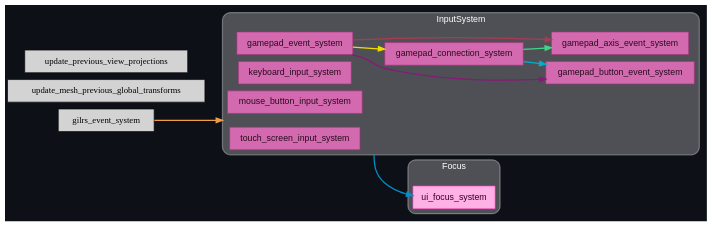
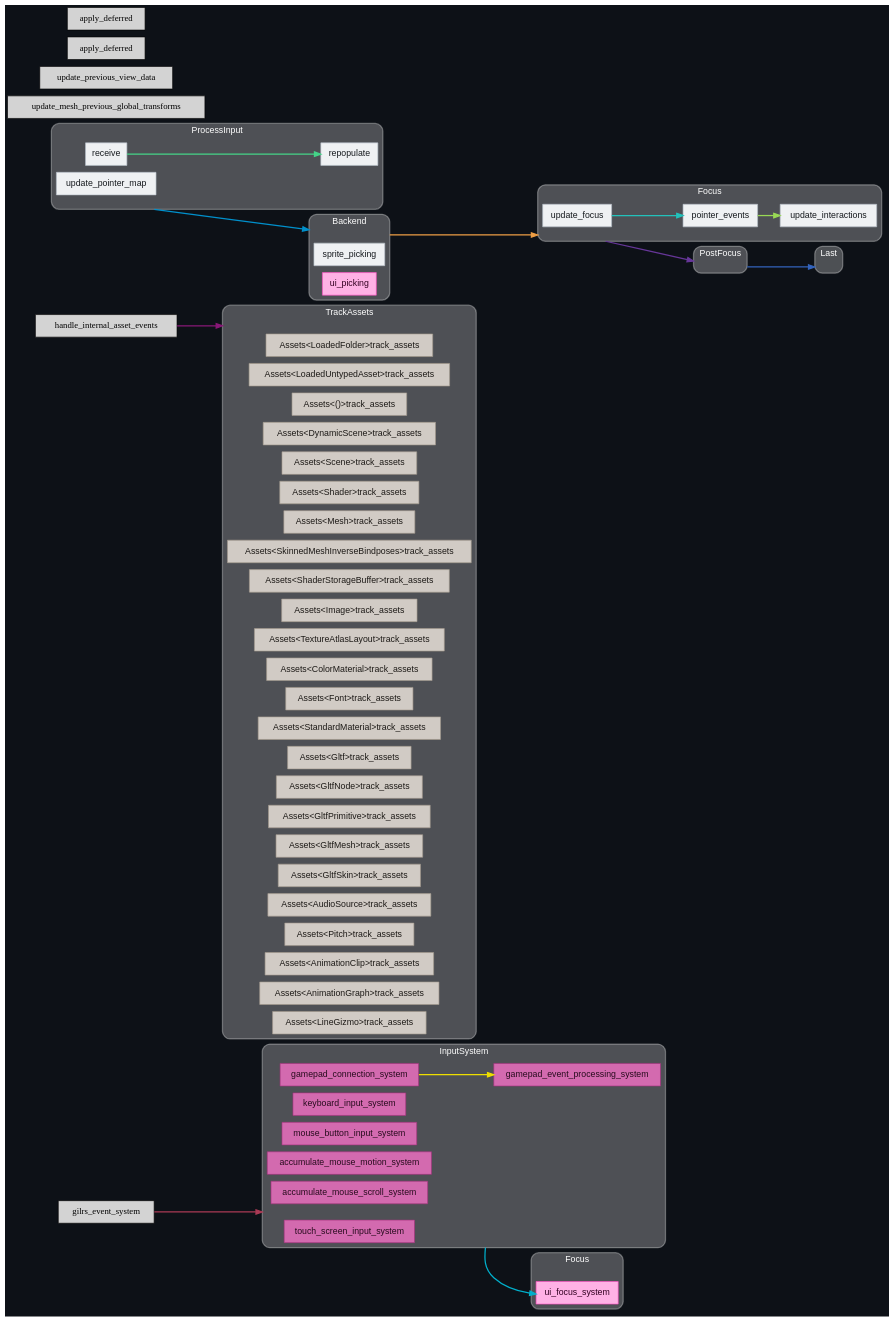
Before and after one commit to jakobhellermann/bevy_mod_debugdump: the diagram in docs/schedule/dark/schedule_PreUpdate.dot, drawn with Graphviz. The commit also changed 76 other files, not shown here.

```diff
--- a/docs/schedule/dark/schedule_PreUpdate.dot
+++ b/docs/schedule/dark/schedule_PreUpdate.dot
@@ -15,17 +15,65 @@
 		"fontcolor"="#ffffff";
 		"color"="#ffffff50";
 		"penwidth"="2";
-		"set_marker_node_Set(1)" ["style"="invis", "label"="", "height"="0", "shape"="point"]
+		"set_marker_node_Set(1)" ["style"="invis", "label"="", "shape"="point"]
 		"node_System(0)" ["label"="keyboard_input_system", "tooltip"="bevy_input::keyboard::keyboard_input_system", "fillcolor"="#d36aaf", "fontname"="Helvetica", "fontcolor"="#270b1d", "color"="#a5317d", "penwidth"="1"]
 		"node_System(1)" ["label"="mouse_button_input_system", "tooltip"="bevy_input::mouse::mouse_button_input_system", "fillcolor"="#d36aaf", "fontname"="Helvetica", "fontcolor"="#270b1d", "color"="#a5317d", "penwidth"="1"]
-		"node_System(2)" ["label"="gamepad_event_system", "tooltip"="bevy_input::gamepad::gamepad_event_system", "fillcolor"="#d36aaf", "fontname"="Helvetica", "fontcolor"="#270b1d", "color"="#a5317d", "penwidth"="1"]
-		"node_System(3)" ["label"="gamepad_connection_system", "tooltip"="bevy_input::gamepad::gamepad_connection_system", "fillcolor"="#d36aaf", "fontname"="Helvetica", "fontcolor"="#270b1d", "color"="#a5317d", "penwidth"="1"]
-		"node_System(4)" ["label"="gamepad_button_event_system", "tooltip"="bevy_input::gamepad::gamepad_button_event_system", "fillcolor"="#d36aaf", "fontname"="Helvetica", "fontcolor"="#270b1d", "color"="#a5317d", "penwidth"="1"]
-		"node_System(5)" ["label"="gamepad_axis_event_system", "tooltip"="bevy_input::gamepad::gamepad_axis_event_system", "fillcolor"="#d36aaf", "fontname"="Helvetica", "fontcolor"="#270b1d", "color"="#a5317d", "penwidth"="1"]
+		"node_System(2)" ["label"="accumulate_mouse_motion_system", "tooltip"="bevy_input::mouse::accumulate_mouse_motion_system", "fillcolor"="#d36aaf", "fontname"="Helvetica", "fontcolor"="#270b1d", "color"="#a5317d", "penwidth"="1"]
+		"node_System(3)" ["label"="accumulate_mouse_scroll_system", "tooltip"="bevy_input::mouse::accumulate_mouse_scroll_system", "fillcolor"="#d36aaf", "fontname"="Helvetica", "fontcolor"="#270b1d", "color"="#a5317d", "penwidth"="1"]
+		"node_System(4)" ["label"="gamepad_connection_system", "tooltip"="bevy_input::gamepad::gamepad_connection_system", "fillcolor"="#d36aaf", "fontname"="Helvetica", "fontcolor"="#270b1d", "color"="#a5317d", "penwidth"="1"]
+		"node_System(5)" ["label"="gamepad_event_processing_system", "tooltip"="bevy_input::gamepad::gamepad_event_processing_system", "fillcolor"="#d36aaf", "fontname"="Helvetica", "fontcolor"="#270b1d", "color"="#a5317d", "penwidth"="1"]
 		"node_System(6)" ["label"="touch_screen_input_system", "tooltip"="bevy_input::touch::touch_screen_input_system", "fillcolor"="#d36aaf", "fontname"="Helvetica", "fontcolor"="#270b1d", "color"="#a5317d", "penwidth"="1"]
 	}
 	
 	subgraph "clusternode_Set(9)" {
+		"style"="rounded,filled";
+		"label"="TrackAssets";
+		"tooltip"="TrackAssets";
+		"fillcolor"="#ffffff44";
+		"fontcolor"="#ffffff";
+		"color"="#ffffff50";
+		"penwidth"="2";
+		"set_marker_node_Set(9)" ["style"="invis", "label"="", "shape"="point"]
+		"node_System(7)" ["label"="Assets<LoadedFolder>track_assets", "tooltip"="bevy_asset::assets::Assets<bevy_asset::folder::LoadedFolder>::track_assets", "fillcolor"="#d1cbc5", "fontname"="Helvetica", "fontcolor"="#1c1916", "color"="#a3988c", "penwidth"="1"]
+		"node_System(8)" ["label"="Assets<LoadedUntypedAsset>track_assets", "tooltip"="bevy_asset::assets::Assets<bevy_asset::assets::LoadedUntypedAsset>::track_assets", "fillcolor"="#d1cbc5", "fontname"="Helvetica", "fontcolor"="#1c1916", "color"="#a3988c", "penwidth"="1"]
+		"node_System(9)" ["label"="Assets<()>track_assets", "tooltip"="bevy_asset::assets::Assets<()>::track_assets", "fillcolor"="#d1cbc5", "fontname"="Helvetica", "fontcolor"="#1c1916", "color"="#a3988c", "penwidth"="1"]
+		"node_System(11)" ["label"="Assets<DynamicScene>track_assets", "tooltip"="bevy_asset::assets::Assets<bevy_scene::dynamic_scene::DynamicScene>::track_assets", "fillcolor"="#d1cbc5", "fontname"="Helvetica", "fontcolor"="#1c1916", "color"="#a3988c", "penwidth"="1"]
+		"node_System(12)" ["label"="Assets<Scene>track_assets", "tooltip"="bevy_asset::assets::Assets<bevy_scene::scene::Scene>::track_assets", "fillcolor"="#d1cbc5", "fontname"="Helvetica", "fontcolor"="#1c1916", "color"="#a3988c", "penwidth"="1"]
+		"node_System(13)" ["label"="Assets<Shader>track_assets", "tooltip"="bevy_asset::assets::Assets<bevy_render::render_resource::shader::Shader>::track_assets", "fillcolor"="#d1cbc5", "fontname"="Helvetica", "fontcolor"="#1c1916", "color"="#a3988c", "penwidth"="1"]
+		"node_System(14)" ["label"="Assets<Mesh>track_assets", "tooltip"="bevy_asset::assets::Assets<bevy_mesh::mesh::Mesh>::track_assets", "fillcolor"="#d1cbc5", "fontname"="Helvetica", "fontcolor"="#1c1916", "color"="#a3988c", "penwidth"="1"]
+		"node_System(15)" ["label"="Assets<SkinnedMeshInverseBindposes>track_assets", "tooltip"="bevy_asset::assets::Assets<bevy_mesh::skinning::SkinnedMeshInverseBindposes>::track_assets", "fillcolor"="#d1cbc5", "fontname"="Helvetica", "fontcolor"="#1c1916", "color"="#a3988c", "penwidth"="1"]
+		"node_System(16)" ["label"="Assets<ShaderStorageBuffer>track_assets", "tooltip"="bevy_asset::assets::Assets<bevy_render::storage::ShaderStorageBuffer>::track_assets", "fillcolor"="#d1cbc5", "fontname"="Helvetica", "fontcolor"="#1c1916", "color"="#a3988c", "penwidth"="1"]
+		"node_System(17)" ["label"="Assets<Image>track_assets", "tooltip"="bevy_asset::assets::Assets<bevy_image::image::Image>::track_assets", "fillcolor"="#d1cbc5", "fontname"="Helvetica", "fontcolor"="#1c1916", "color"="#a3988c", "penwidth"="1"]
+		"node_System(18)" ["label"="Assets<TextureAtlasLayout>track_assets", "tooltip"="bevy_asset::assets::Assets<bevy_sprite::texture_atlas::TextureAtlasLayout>::track_assets", "fillcolor"="#d1cbc5", "fontname"="Helvetica", "fontcolor"="#1c1916", "color"="#a3988c", "penwidth"="1"]
+		"node_System(19)" ["label"="Assets<ColorMaterial>track_assets", "tooltip"="bevy_asset::assets::Assets<bevy_sprite::mesh2d::color_material::ColorMaterial>::track_assets", "fillcolor"="#d1cbc5", "fontname"="Helvetica", "fontcolor"="#1c1916", "color"="#a3988c", "penwidth"="1"]
+		"node_System(21)" ["label"="Assets<Font>track_assets", "tooltip"="bevy_asset::assets::Assets<bevy_text::font::Font>::track_assets", "fillcolor"="#d1cbc5", "fontname"="Helvetica", "fontcolor"="#1c1916", "color"="#a3988c", "penwidth"="1"]
+		"node_System(24)" ["label"="Assets<StandardMaterial>track_assets", "tooltip"="bevy_asset::assets::Assets<bevy_pbr::pbr_material::StandardMaterial>::track_assets", "fillcolor"="#d1cbc5", "fontname"="Helvetica", "fontcolor"="#1c1916", "color"="#a3988c", "penwidth"="1"]
+		"node_System(27)" ["label"="Assets<Gltf>track_assets", "tooltip"="bevy_asset::assets::Assets<bevy_gltf::Gltf>::track_assets", "fillcolor"="#d1cbc5", "fontname"="Helvetica", "fontcolor"="#1c1916", "color"="#a3988c", "penwidth"="1"]
+		"node_System(28)" ["label"="Assets<GltfNode>track_assets", "tooltip"="bevy_asset::assets::Assets<bevy_gltf::GltfNode>::track_assets", "fillcolor"="#d1cbc5", "fontname"="Helvetica", "fontcolor"="#1c1916", "color"="#a3988c", "penwidth"="1"]
+		"node_System(29)" ["label"="Assets<GltfPrimitive>track_assets", "tooltip"="bevy_asset::assets::Assets<bevy_gltf::GltfPrimitive>::track_assets", "fillcolor"="#d1cbc5", "fontname"="Helvetica", "fontcolor"="#1c1916", "color"="#a3988c", "penwidth"="1"]
+		"node_System(30)" ["label"="Assets<GltfMesh>track_assets", "tooltip"="bevy_asset::assets::Assets<bevy_gltf::GltfMesh>::track_assets", "fillcolor"="#d1cbc5", "fontname"="Helvetica", "fontcolor"="#1c1916", "color"="#a3988c", "penwidth"="1"]
+		"node_System(31)" ["label"="Assets<GltfSkin>track_assets", "tooltip"="bevy_asset::assets::Assets<bevy_gltf::GltfSkin>::track_assets", "fillcolor"="#d1cbc5", "fontname"="Helvetica", "fontcolor"="#1c1916", "color"="#a3988c", "penwidth"="1"]
+		"node_System(32)" ["label"="Assets<AudioSource>track_assets", "tooltip"="bevy_asset::assets::Assets<bevy_audio::audio_source::AudioSource>::track_assets", "fillcolor"="#d1cbc5", "fontname"="Helvetica", "fontcolor"="#1c1916", "color"="#a3988c", "penwidth"="1"]
+		"node_System(33)" ["label"="Assets<Pitch>track_assets", "tooltip"="bevy_asset::assets::Assets<bevy_audio::pitch::Pitch>::track_assets", "fillcolor"="#d1cbc5", "fontname"="Helvetica", "fontcolor"="#1c1916", "color"="#a3988c", "penwidth"="1"]
+		"node_System(35)" ["label"="Assets<AnimationClip>track_assets", "tooltip"="bevy_asset::assets::Assets<bevy_animation::AnimationClip>::track_assets", "fillcolor"="#d1cbc5", "fontname"="Helvetica", "fontcolor"="#1c1916", "color"="#a3988c", "penwidth"="1"]
+		"node_System(36)" ["label"="Assets<AnimationGraph>track_assets", "tooltip"="bevy_asset::assets::Assets<bevy_animation::graph::AnimationGraph>::track_assets", "fillcolor"="#d1cbc5", "fontname"="Helvetica", "fontcolor"="#1c1916", "color"="#a3988c", "penwidth"="1"]
+		"node_System(37)" ["label"="Assets<LineGizmo>track_assets", "tooltip"="bevy_asset::assets::Assets<bevy_gizmos::LineGizmo>::track_assets", "fillcolor"="#d1cbc5", "fontname"="Helvetica", "fontcolor"="#1c1916", "color"="#a3988c", "penwidth"="1"]
+	}
+	
+	subgraph "clusternode_Set(23)" {
+		"style"="rounded,filled";
+		"label"="Backend";
+		"tooltip"="Backend";
+		"fillcolor"="#ffffff44";
+		"fontcolor"="#ffffff";
+		"color"="#ffffff50";
+		"penwidth"="2";
+		"set_marker_node_Set(23)" ["style"="invis", "label"="", "shape"="point"]
+		"node_System(20)" ["label"="sprite_picking", "tooltip"="bevy_sprite::picking_backend::sprite_picking", "fillcolor"="#eff1f3", "fontname"="Helvetica", "fontcolor"="#15191d", "color"="#b4bec7", "penwidth"="1"]
+		"node_System(23)" ["label"="ui_picking", "tooltip"="bevy_ui::picking_backend::ui_picking", "fillcolor"="#ffb1e5", "fontname"="Helvetica", "fontcolor"="#320021", "color"="#ff4bc2", "penwidth"="1"]
+	}
+	
+	subgraph "clusternode_Set(26)" {
 		"style"="rounded,filled";
 		"label"="Focus";
 		"tooltip"="Focus";
@@ -33,18 +81,75 @@
 		"fontcolor"="#ffffff";
 		"color"="#ffffff50";
 		"penwidth"="2";
-		"set_marker_node_Set(9)" ["style"="invis", "label"="", "height"="0", "shape"="point"]
-		"node_System(7)" ["label"="ui_focus_system", "tooltip"="bevy_ui::focus::ui_focus_system", "fillcolor"="#ffb1e5", "fontname"="Helvetica", "fontcolor"="#320021", "color"="#ff4bc2", "penwidth"="1"]
+		"set_marker_node_Set(26)" ["style"="invis", "label"="", "shape"="point"]
+		"node_System(22)" ["label"="ui_focus_system", "tooltip"="bevy_ui::focus::ui_focus_system", "fillcolor"="#ffb1e5", "fontname"="Helvetica", "fontcolor"="#320021", "color"="#ff4bc2", "penwidth"="1"]
 	}
 	
-	"node_System(8)" ["label"="update_mesh_previous_global_transforms", "tooltip"="bevy_pbr::prepass::update_mesh_previous_global_transforms"]
-	"node_System(9)" ["label"="update_previous_view_projections", "tooltip"="bevy_pbr::prepass::update_previous_view_projections"]
-	"node_System(10)" ["label"="gilrs_event_system", "tooltip"="bevy_gilrs::gilrs_system::gilrs_event_system"]
-	"node_System(2)" -> "node_System(3)" ["lhead"="", "ltail"="", "tooltip"="SystemTypeSet(FunctionSystem<fn(EventReader<GamepadEvent>, EventWriter<GamepadConnectionEvent>, EventWriter<GamepadButtonChangedEvent>, EventWriter<GamepadAxisChangedEvent>, ResMut<ButtonInput<GamepadButton>>), gamepad_event_system>()) → gamepad_connection_system", "color"="#eede00"]
-	"node_System(2)" -> "node_System(4)" ["lhead"="", "ltail"="", "tooltip"="SystemTypeSet(FunctionSystem<fn(EventReader<GamepadEvent>, EventWriter<GamepadConnectionEvent>, EventWriter<GamepadButtonChangedEvent>, EventWriter<GamepadAxisChangedEvent>, ResMut<ButtonInput<GamepadButton>>), gamepad_event_system>()) → gamepad_button_event_system", "color"="#881877"]
-	"node_System(3)" -> "node_System(4)" ["lhead"="", "ltail"="", "tooltip"="SystemTypeSet(FunctionSystem<fn(ResMut<Gamepads>, EventReader<GamepadConnectionEvent>, ResMut<Axis<GamepadAxis>>, ResMut<Axis<GamepadButton>>, ResMut<ButtonInput<GamepadButton>>), gamepad_connection_system>()) → gamepad_button_event_system", "color"="#00b0cc"]
-	"node_System(2)" -> "node_System(5)" ["lhead"="", "ltail"="", "tooltip"="SystemTypeSet(FunctionSystem<fn(EventReader<GamepadEvent>, EventWriter<GamepadConnectionEvent>, EventWriter<GamepadButtonChangedEvent>, EventWriter<GamepadAxisChangedEvent>, ResMut<ButtonInput<GamepadButton>>), gamepad_event_system>()) → gamepad_axis_event_system", "color"="#aa3a55"]
-	"node_System(3)" -> "node_System(5)" ["lhead"="", "ltail"="", "tooltip"="SystemTypeSet(FunctionSystem<fn(ResMut<Gamepads>, EventReader<GamepadConnectionEvent>, ResMut<Axis<GamepadAxis>>, ResMut<Axis<GamepadButton>>, ResMut<ButtonInput<GamepadButton>>), gamepad_connection_system>()) → gamepad_axis_event_system", "color"="#44d488"]
-	"set_marker_node_Set(1)" -> "node_System(7)" ["lhead"="", "ltail"="clusternode_Set(1)", "tooltip"="InputSystem → ui_focus_system", "color"="#0090cc"]
-	"node_System(10)" -> "set_marker_node_Set(1)" ["lhead"="clusternode_Set(1)", "ltail"="", "tooltip"="gilrs_event_system → InputSystem", "color"="#ee9e44"]
+	subgraph "clusternode_Set(43)" {
+		"style"="rounded,filled";
+		"label"="ProcessInput";
+		"tooltip"="ProcessInput";
+		"fillcolor"="#ffffff44";
+		"fontcolor"="#ffffff";
+		"color"="#ffffff50";
+		"penwidth"="2";
+		"set_marker_node_Set(43)" ["style"="invis", "label"="", "shape"="point"]
+		"node_System(38)" ["label"="update_pointer_map", "tooltip"="bevy_picking::pointer::update_pointer_map", "fillcolor"="#eff1f3", "fontname"="Helvetica", "fontcolor"="#15191d", "color"="#b4bec7", "penwidth"="1"]
+		"node_System(39)" ["label"="receive", "tooltip"="bevy_picking::pointer::PointerInput::receive", "fillcolor"="#eff1f3", "fontname"="Helvetica", "fontcolor"="#15191d", "color"="#b4bec7", "penwidth"="1"]
+		"node_System(40)" ["label"="repopulate", "tooltip"="bevy_picking::backend::ray::RayMap::repopulate", "fillcolor"="#eff1f3", "fontname"="Helvetica", "fontcolor"="#15191d", "color"="#b4bec7", "penwidth"="1"]
+	}
+	
+	subgraph "clusternode_Set(46)" {
+		"style"="rounded,filled";
+		"label"="Focus";
+		"tooltip"="Focus";
+		"fillcolor"="#ffffff44";
+		"fontcolor"="#ffffff";
+		"color"="#ffffff50";
+		"penwidth"="2";
+		"set_marker_node_Set(46)" ["style"="invis", "label"="", "shape"="point"]
+		"node_System(41)" ["label"="update_focus", "tooltip"="bevy_picking::focus::update_focus", "fillcolor"="#eff1f3", "fontname"="Helvetica", "fontcolor"="#15191d", "color"="#b4bec7", "penwidth"="1"]
+		"node_System(42)" ["label"="pointer_events", "tooltip"="bevy_picking::events::pointer_events", "fillcolor"="#eff1f3", "fontname"="Helvetica", "fontcolor"="#15191d", "color"="#b4bec7", "penwidth"="1"]
+		"node_System(43)" ["label"="update_interactions", "tooltip"="bevy_picking::focus::update_interactions", "fillcolor"="#eff1f3", "fontname"="Helvetica", "fontcolor"="#15191d", "color"="#b4bec7", "penwidth"="1"]
+	}
+	
+	subgraph "clusternode_Set(47)" {
+		"style"="rounded,filled";
+		"label"="PostFocus";
+		"tooltip"="PostFocus";
+		"fillcolor"="#ffffff44";
+		"fontcolor"="#ffffff";
+		"color"="#ffffff50";
+		"penwidth"="2";
+		"set_marker_node_Set(47)" ["style"="invis", "label"="", "shape"="point"]
+	}
+	
+	subgraph "clusternode_Set(48)" {
+		"style"="rounded,filled";
+		"label"="Last";
+		"tooltip"="Last";
+		"fillcolor"="#ffffff44";
+		"fontcolor"="#ffffff";
+		"color"="#ffffff50";
+		"penwidth"="2";
+		"set_marker_node_Set(48)" ["style"="invis", "label"="", "shape"="point"]
+	}
+	
+	"node_System(10)" ["label"="handle_internal_asset_events", "tooltip"="bevy_asset::server::handle_internal_asset_events"]
+	"node_System(25)" ["label"="update_mesh_previous_global_transforms", "tooltip"="bevy_pbr::prepass::update_mesh_previous_global_transforms"]
+	"node_System(26)" ["label"="update_previous_view_data", "tooltip"="bevy_pbr::prepass::update_previous_view_data"]
+	"node_System(34)" ["label"="gilrs_event_system", "tooltip"="bevy_gilrs::gilrs_system::gilrs_event_system"]
+	"node_System(44)" ["label"="apply_deferred", "tooltip"="bevy_ecs::schedule::executor::apply_deferred"]
+	"node_System(45)" ["label"="apply_deferred", "tooltip"="bevy_ecs::schedule::executor::apply_deferred"]
+	"node_System(4)" -> "node_System(5)" ["lhead"="", "ltail"="", "tooltip"="SystemTypeSet(fn bevy_ecs::system::function_system::FunctionSystem<fn(bevy_ecs::system::commands::Commands, bevy_ecs::event::reader::EventReader<bevy_input::gamepad::GamepadConnectionEvent>), bevy_input::gamepad::gamepad_connection_system>()) → gamepad_event_processing_system", "color"="#eede00"]
+	"node_System(10)" -> "set_marker_node_Set(9)" ["lhead"="clusternode_Set(9)", "ltail"="", "tooltip"="SystemTypeSet(fn bevy_ecs::system::exclusive_function_system::ExclusiveFunctionSystem<fn(), bevy_asset::server::handle_internal_asset_events>()) → TrackAssets", "color"="#881877"]
+	"set_marker_node_Set(1)" -> "node_System(22)" ["lhead"="", "ltail"="clusternode_Set(1)", "tooltip"="InputSystem → ui_focus_system", "color"="#00b0cc"]
+	"node_System(34)" -> "set_marker_node_Set(1)" ["lhead"="clusternode_Set(1)", "ltail"="", "tooltip"="gilrs_event_system → InputSystem", "color"="#aa3a55"]
+	"node_System(39)" -> "node_System(40)" ["lhead"="", "ltail"="", "tooltip"="SystemTypeSet(fn bevy_ecs::system::function_system::FunctionSystem<fn(bevy_ecs::event::reader::EventReader<bevy_picking::pointer::PointerInput>, bevy_ecs::system::query::Query<(&bevy_picking::pointer::PointerId, &mut bevy_picking::pointer::PointerLocation, &mut bevy_picking::pointer::PointerPress)>), bevy_picking::pointer::PointerInput::receive>()) → repopulate", "color"="#44d488"]
+	"set_marker_node_Set(43)" -> "set_marker_node_Set(23)" ["lhead"="clusternode_Set(23)", "ltail"="clusternode_Set(43)", "tooltip"="ProcessInput → Backend", "color"="#0090cc"]
+	"set_marker_node_Set(23)" -> "set_marker_node_Set(46)" ["lhead"="clusternode_Set(46)", "ltail"="clusternode_Set(23)", "tooltip"="Backend → Focus", "color"="#ee9e44"]
+	"set_marker_node_Set(46)" -> "set_marker_node_Set(47)" ["lhead"="clusternode_Set(47)", "ltail"="clusternode_Set(46)", "tooltip"="Focus → PostFocus", "color"="#663699"]
+	"set_marker_node_Set(47)" -> "set_marker_node_Set(48)" ["lhead"="clusternode_Set(48)", "ltail"="clusternode_Set(47)", "tooltip"="PostFocus → Last", "color"="#3363bb"]
+	"node_System(41)" -> "node_System(42)" ["lhead"="", "ltail"="", "tooltip"="update_focus → pointer_events", "color"="#22c2bb"]
+	"node_System(42)" -> "node_System(43)" ["lhead"="", "ltail"="", "tooltip"="pointer_events → update_interactions", "color"="#99d955"]
 }
```
